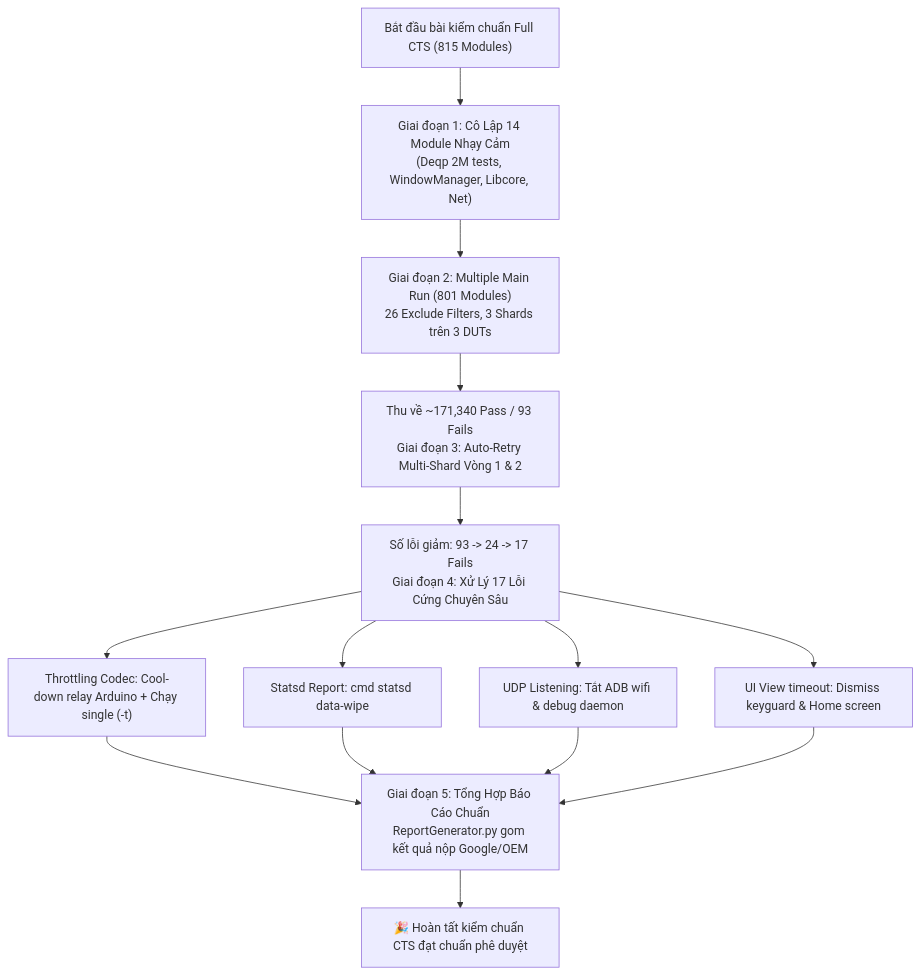
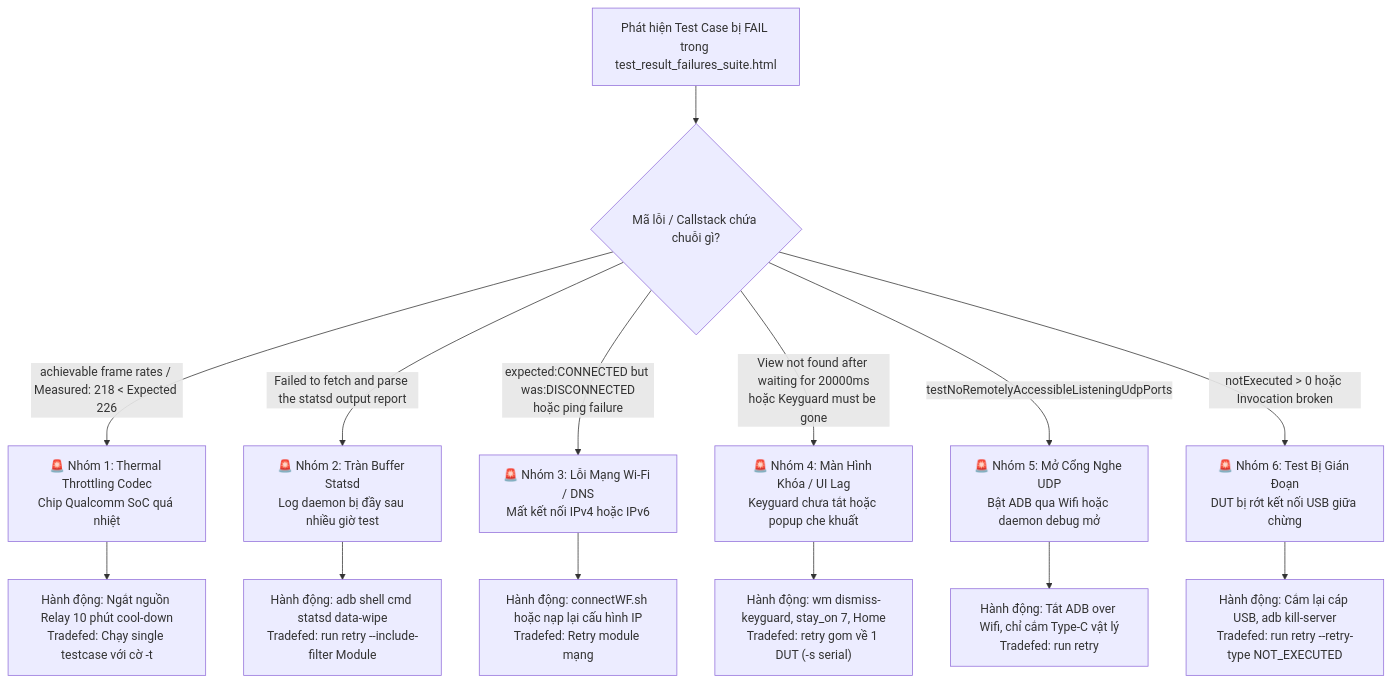
One commit to PhamDuc001/xTS_Tool changed the diagram in .agents/skills/cts-test/SKILL.md. Above: the diagram before and after it, drawn with Mermaid. The commit also changed other lines of this file and 1 other file, not shown here.

Commit message:
feat(skills): update cts-test and cts-on-gsi into Action Plan & Command Advisor playbooks

````diff
--- a/.agents/skills/cts-test/SKILL.md
+++ b/.agents/skills/cts-test/SKILL.md
@@ -89,13 +56,22 @@
 ```mermaid
 flowchart TD
-    Start["Bắt đầu bài kiểm chuẩn Full CTS (815 Modules)"] --> P1["Giai đoạn 1: Cô Lập 14 Module Nhạy Cảm<br>(Deqp 2M tests, WindowManager, Libcore, Net)"]
-    P1 --> P2["Giai đoạn 2: Multiple Main Run (801 Modules)<br>26 Exclude Filters, 3 Shards trên 3 DUTs"]
-    P2 --> P3["Thu về ~171,340 Pass / 93 Fails<br>Giai đoạn 3: Auto-Retry Multi-Shard Vòng 1 & 2"]
-    P3 --> P4["Số lỗi giảm: 93 -> 24 -> 17 Fails<br>Giai đoạn 4: Xử Lý 17 Lỗi Cứng Chuyên Sâu"]
-    P4 --> P4A["Throttling Codec: Cool-down relay Arduino + Chạy single (-t)"]
-    P4 --> P4B["Statsd Report: cmd statsd data-wipe"]
-    P4 --> P4C["UDP Listening: Tắt ADB wifi & debug daemon"]
-    P4 --> P4D["UI View timeout: Dismiss keyguard & Home screen"]
-    P4A & P4B & P4C & P4D --> P5["Giai đoạn 5: Tổng Hợp Báo Cáo Chuẩn<br>ReportGenerator.py gom kết quả nộp Google/OEM"]
-    P5 --> Done["🎉 Hoàn tất kiểm chuẩn CTS đạt chuẩn phê duyệt"]
+    Start["Phát hiện Test Case bị FAIL trong test_result_failures_suite.html"] --> Type{"Mã lỗi / Callstack chứa chuỗi gì?"}
+    
+    Type -- "achievable frame rates / Measured: 218 < Expected 226" --> Codec["🚨 Nhóm 1: Thermal Throttling Codec<br>Chip Qualcomm SoC quá nhiệt"]
+    Codec --> ActCodec["Hành động: Ngắt nguồn Relay 10 phút cool-down<br>Tradefed: Chạy single testcase với cờ -t"]
+    
+    Type -- "Failed to fetch and parse the statsd output report" --> Statsd["🚨 Nhóm 2: Tràn Buffer Statsd<br>Log daemon bị đầy sau nhiều giờ test"]
+    Statsd --> ActStatsd["Hành động: adb shell cmd statsd data-wipe<br>Tradefed: run retry --include-filter Module"]
+    
+    Type -- "expected:CONNECTED but was:DISCONNECTED<br>hoặc ping failure" --> Wifi["🚨 Nhóm 3: Lỗi Mạng Wi-Fi / DNS<br>Mất kết nối IPv4 hoặc IPv6"]
+    Wifi --> ActWifi["Hành động: connectWF.sh hoặc nạp lại cấu hình IP<br>Tradefed: Retry module mạng"]
+    
+    Type -- "View not found after waiting for 20000ms<br>hoặc Keyguard must be gone" --> UI["🚨 Nhóm 4: Màn Hình Khóa / UI Lag<br>Keyguard chưa tắt hoặc popup che khuất"]
+    UI --> ActUI["Hành động: wm dismiss-keyguard, stay_on 7, Home<br>Tradefed: retry gom về 1 DUT (-s serial)"]
+    
+    Type -- "testNoRemotelyAccessibleListeningUdpPorts" --> Port["🚨 Nhóm 5: Mở Cổng Nghe UDP<br>Bật ADB qua Wifi hoặc daemon debug mở"]
+    Port --> ActPort["Hành động: Tắt ADB over Wifi, chỉ cắm Type-C vật lý<br>Tradefed: run retry"]
+
+    Type -- "notExecuted > 0 hoặc Invocation broken" --> Break["🚨 Nhóm 6: Test Bị Gián Đoạn<br>DUT bị rớt kết nối USB giữa chừng"]
+    Break --> ActBreak["Hành động: Cắm lại cáp USB, adb kill-server<br>Tradefed: run retry --retry-type NOT_EXECUTED"]
 ```
````
